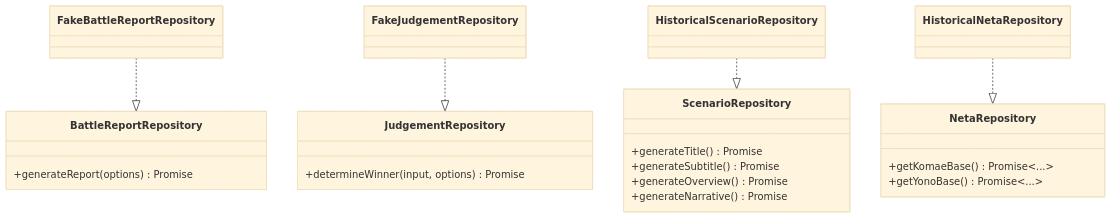
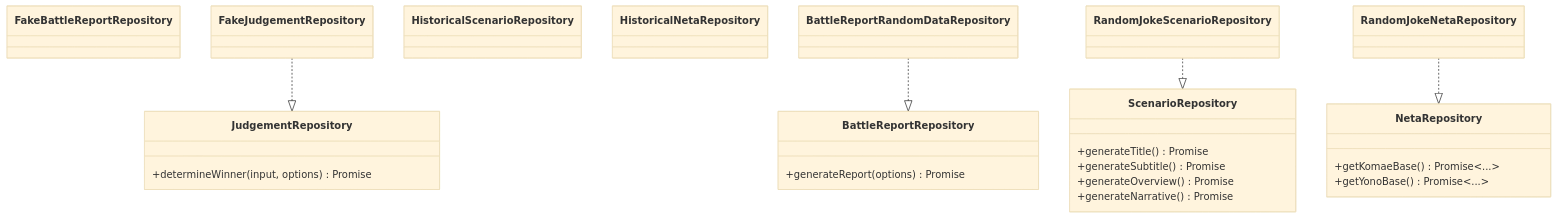
The third of 3 diagrams in docs/DEVELOPMENT_EN.md (F88/yonokomae), drawn with Mermaid (base theme) before and after one commit. The commit also changed other lines of this file and 2 other files, not shown here.

Commit message:
docs(dev): update DEVELOPMENT_EN.md for repository organization and examples

````diff
--- a/docs/DEVELOPMENT_EN.md
+++ b/docs/DEVELOPMENT_EN.md
@@ -111,28 +111,28 @@
 ```mermaid
 classDiagram
   class BattleReportRepository {
     +generateReport(options) Promise<Battle>
   }
   class JudgementRepository {
     +determineWinner(input, options) Promise<Winner>
   }
   class ScenarioRepository {
     +generateTitle() Promise<string>
     +generateSubtitle() Promise<string>
     +generateOverview() Promise<string>
     +generateNarrative() Promise<string>
   }
   class NetaRepository {
     +getKomaeBase() Promise<...>
     +getYonoBase() Promise<...>
   }
   class FakeBattleReportRepository
   class FakeJudgementRepository
   class HistoricalScenarioRepository
   class HistoricalNetaRepository
 
-  FakeBattleReportRepository ..|> BattleReportRepository
+  BattleReportRandomDataRepository ..|> BattleReportRepository
   FakeJudgementRepository ..|> JudgementRepository
-  HistoricalScenarioRepository ..|> ScenarioRepository
-  HistoricalNetaRepository ..|> NetaRepository
+  RandomJokeScenarioRepository ..|> ScenarioRepository
+  RandomJokeNetaRepository ..|> NetaRepository
 ```
````
